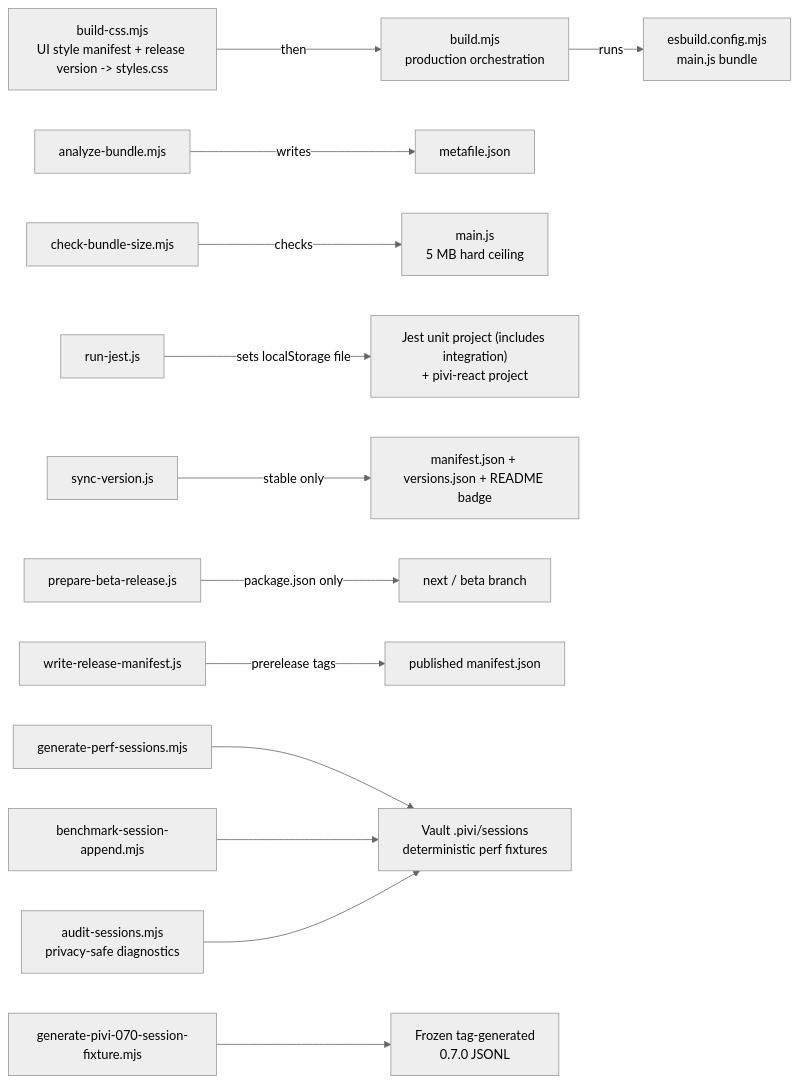
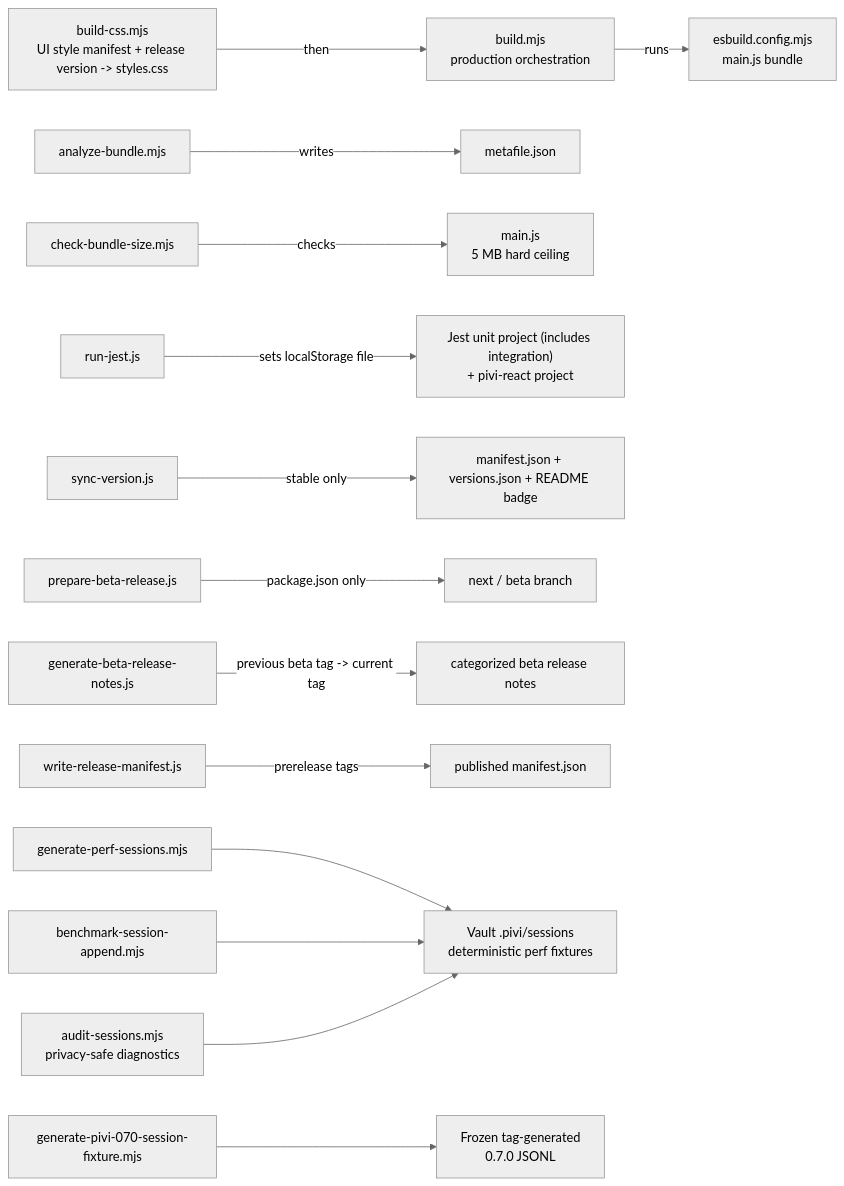
The diagram in scripts/AGENTS.md (BluerAngala/obsidian-aiwork), drawn with Mermaid (neutral theme) before and after one commit. The commit also changed other lines of this file and 4 other files, not shown here.

First line of the commit message:
fix(release): generate categorized beta changelogs

````diff
--- a/scripts/AGENTS.md
+++ b/scripts/AGENTS.md
@@ -9,15 +9,16 @@
 ```mermaid
 flowchart LR
   CSS["build-css.mjs<br/>UI style manifest + release version -> styles.css"] -- "then" --> Build["build.mjs<br/>production orchestration"]
   Build -- "runs" --> Esbuild["esbuild.config.mjs<br/>main.js bundle"]
   Analyze["analyze-bundle.mjs"] -- "writes" --> Meta["metafile.json"]
   BundleSize["check-bundle-size.mjs"] -- "checks" --> Bundle["main.js<br/>5 MB hard ceiling"]
   Jest["run-jest.js"] -- "sets localStorage file" --> Tests["Jest unit project (includes integration)<br/>+ pivi-react project"]
   Version["sync-version.js"] -- "stable only" --> Manifest["manifest.json + versions.json + README badge"]
   BetaVersion["prepare-beta-release.js"] -- "package.json only" --> NextBranch["next / beta branch"]
+  BetaNotes["generate-beta-release-notes.js"] -- "previous beta tag -> current tag" --> GitHubPrerelease["categorized beta release notes"]
   ReleaseManifest["write-release-manifest.js"] -- "prerelease tags" --> ReleaseAsset["published manifest.json"]
   Fixtures["generate-perf-sessions.mjs"] --> Sessions["Vault .pivi/sessions<br/>deterministic perf fixtures"]
   Provenance["generate-pivi-070-session-fixture.mjs"] --> Frozen["Frozen tag-generated<br/>0.7.0 JSONL"]
   AppendBench["benchmark-session-append.mjs"] --> Sessions
   Audit["audit-sessions.mjs<br/>privacy-safe diagnostics"] --> Sessions
 ```
````
